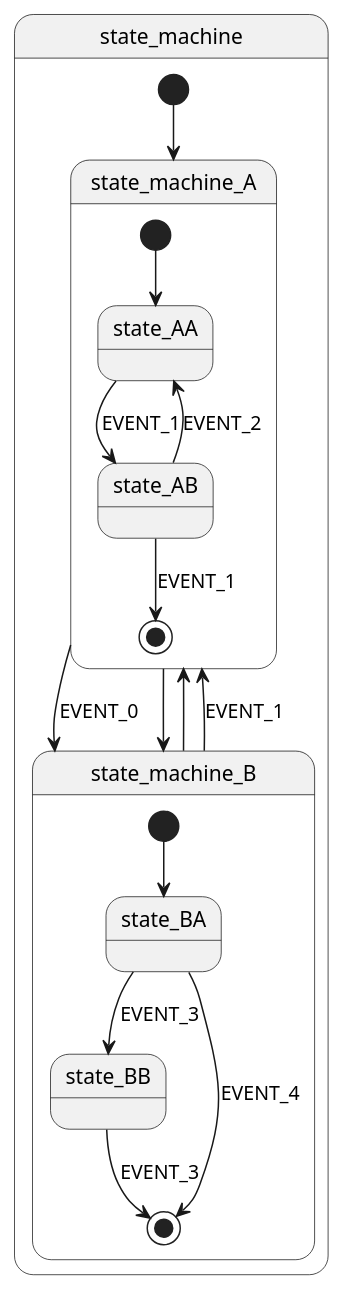
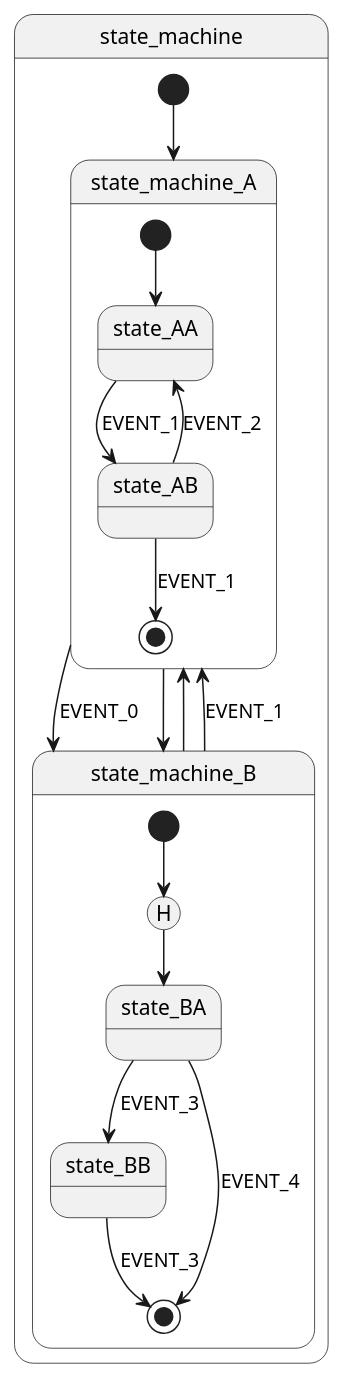
Before and after one commit to davmf/state-machine-upy: the diagram in state_machine.puml, drawn with PlantUML. The commit also changed 7 other files, not shown here.

```diff
--- a/state_machine.puml
+++ b/state_machine.puml
@@ -1,38 +1,39 @@
 @startuml state_machine
 
 state state_machine {
     state state_machine_A {
         state state_AA
         state state_AB
         state state_AB
 
         [*] --> state_AA
         state_AA --> state_AB : EVENT_1
         state_AB --> state_AA : EVENT_2
         state_AB --> [*] : EVENT_1
     }
     state state_machine_A
 
     state state_machine_B {
         state state_BA
         state state_BA
 
         state state_BB
 
-        [*] --> state_BA
+        [*] --> [H]
+        [H] --> state_BA
         state_BA --> state_BB : EVENT_3
         state_BA --> [*] : EVENT_4
         state_BB --> [*] : EVENT_3
     }
     state state_machine_B
 
     [*] --> state_machine_A
     state_machine_A --> state_machine_B : EVENT_0
     state_machine_A --> state_machine_B
     state_machine_B --> state_machine_A : EVENT_1
     state_machine_B --> state_machine_A
 }
 
 state state_machine
 
 @enduml
```
